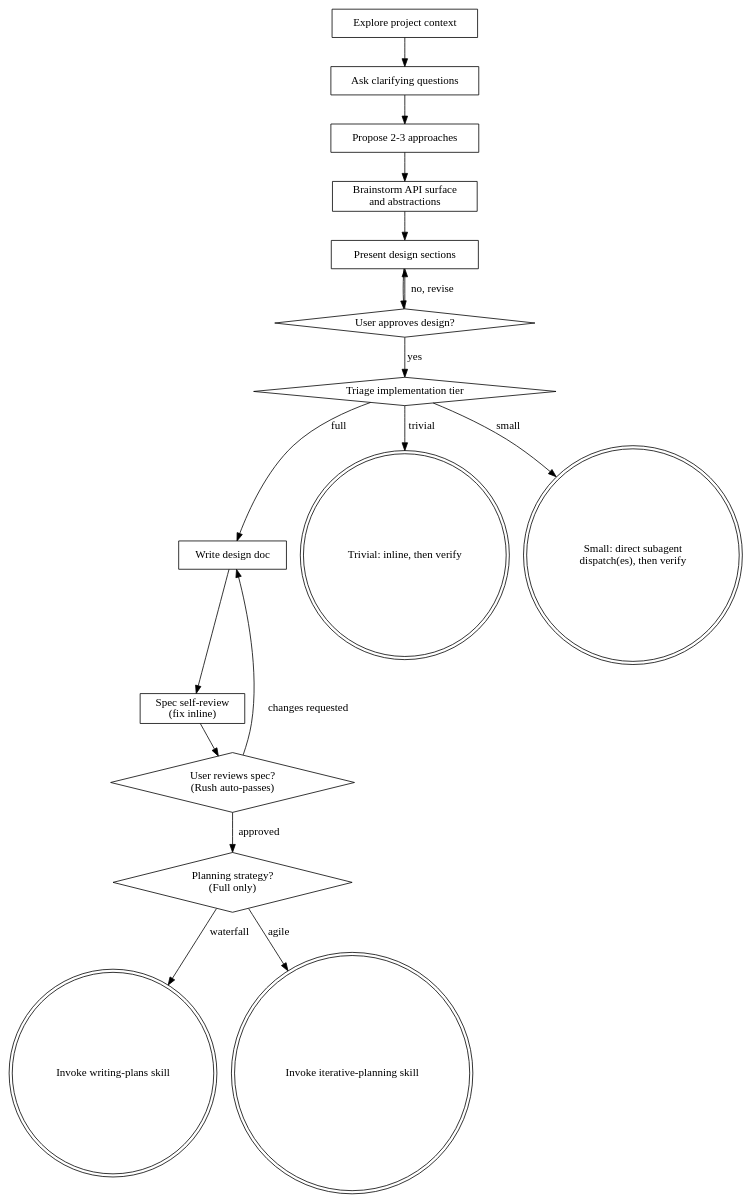
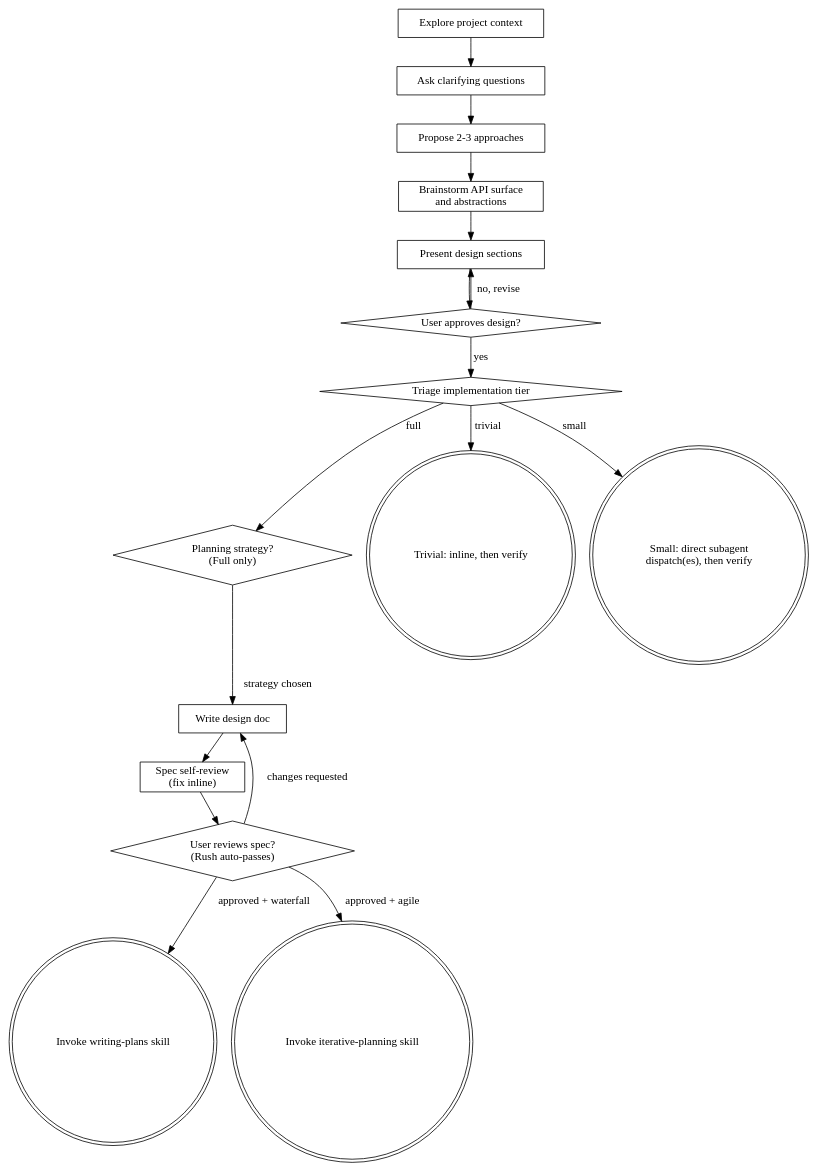
One commit to nickguletskii/jj-superpowers changed the diagram in skills/brainstorming/SKILL.md. Above: the diagram before and after it, drawn with Graphviz.

Commit message:
fix: brainstorming flowchart strategy decision at step 6

````diff
--- a/skills/brainstorming/SKILL.md
+++ b/skills/brainstorming/SKILL.md
@@ -48,36 +48,36 @@
 ```dot
 digraph brainstorming {
     "Explore project context" [shape=box];
     "Ask clarifying questions" [shape=box];
     "Propose 2-3 approaches" [shape=box];
     "Brainstorm API surface\nand abstractions" [shape=box];
     "Present design sections" [shape=box];
     "User approves design?" [shape=diamond];
     "Triage implementation tier" [shape=diamond];
     "Planning strategy?\n(Full only)" [shape=diamond];
     "Write design doc" [shape=box];
     "Spec self-review\n(fix inline)" [shape=box];
     "User reviews spec?\n(Rush auto-passes)" [shape=diamond];
     "Trivial: inline, then verify" [shape=doublecircle];
     "Small: direct subagent\ndispatch(es), then verify" [shape=doublecircle];
     "Invoke writing-plans skill" [shape=doublecircle];
     "Invoke iterative-planning skill" [shape=doublecircle];
 
     "Explore project context" -> "Ask clarifying questions";
     "Ask clarifying questions" -> "Propose 2-3 approaches";
     "Propose 2-3 approaches" -> "Brainstorm API surface\nand abstractions";
     "Brainstorm API surface\nand abstractions" -> "Present design sections";
     "Present design sections" -> "User approves design?";
     "User approves design?" -> "Present design sections" [label="no, revise"];
     "User approves design?" -> "Triage implementation tier" [label="yes"];
     "Triage implementation tier" -> "Trivial: inline, then verify" [label="trivial"];
     "Triage implementation tier" -> "Small: direct subagent\ndispatch(es), then verify" [label="small"];
-    "Triage implementation tier" -> "Write design doc" [label="full"];
+    "Triage implementation tier" -> "Planning strategy?\n(Full only)" [label="full"];
+    "Planning strategy?\n(Full only)" -> "Write design doc" [label="strategy chosen"];
     "Write design doc" -> "Spec self-review\n(fix inline)";
     "Spec self-review\n(fix inline)" -> "User reviews spec?\n(Rush auto-passes)";
     "User reviews spec?\n(Rush auto-passes)" -> "Write design doc" [label="changes requested"];
-    "User reviews spec?\n(Rush auto-passes)" -> "Planning strategy?\n(Full only)" [label="approved"];
-    "Planning strategy?\n(Full only)" -> "Invoke writing-plans skill" [label="waterfall"];
-    "Planning strategy?\n(Full only)" -> "Invoke iterative-planning skill" [label="agile"];
+    "User reviews spec?\n(Rush auto-passes)" -> "Invoke writing-plans skill" [label="approved + waterfall"];
+    "User reviews spec?\n(Rush auto-passes)" -> "Invoke iterative-planning skill" [label="approved + agile"];
 }
 ```
````
